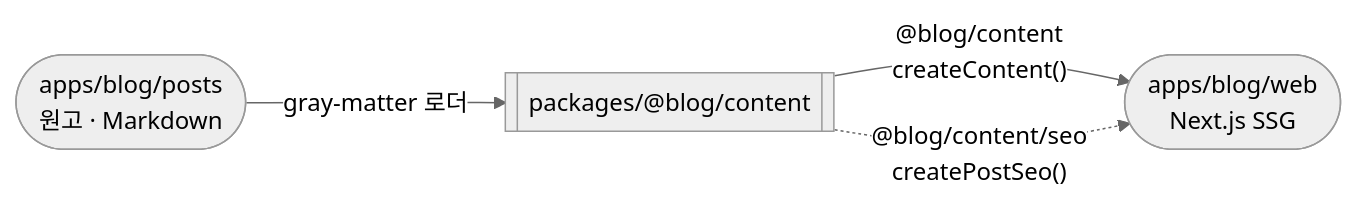
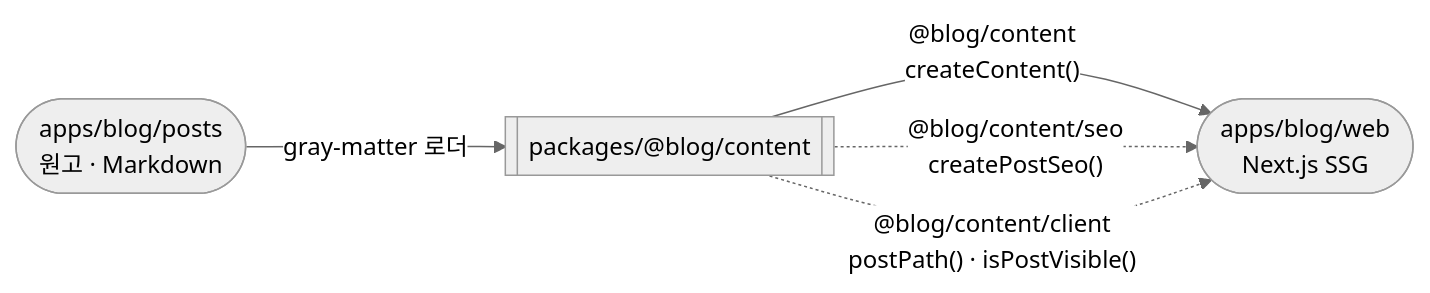
One commit to Han5991/fe-lab changed the first of 4 diagrams in packages/@blog/content/README.md. Above: the diagram before and after it, drawn with Mermaid (neutral theme). The commit also changed other lines of this file and 77 other files, not shown here.

First line of the commit message:
feat(blog-content): 클라이언트 코드는 node 빌트인이 없는 @blog/content/client 문으로만 값을 가져온다 (#502)

````diff
--- a/packages/@blog/content/README.md
+++ b/packages/@blog/content/README.md
@@ -23,9 +30,10 @@
 ```mermaid
 flowchart LR
   posts(["apps/blog/posts<br/>원고 · Markdown"])
   pkg[["packages/@blog/content"]]
   app(["apps/blog/web<br/>Next.js SSG"])
   posts -->|"gray-matter 로더"| pkg
   pkg -->|"@blog/content<br/>createContent()"| app
   pkg -.->|"@blog/content/seo<br/>createPostSeo()"| app
+  pkg -.->|"@blog/content/client<br/>postPath() · isPostVisible()"| app
 ```
````
